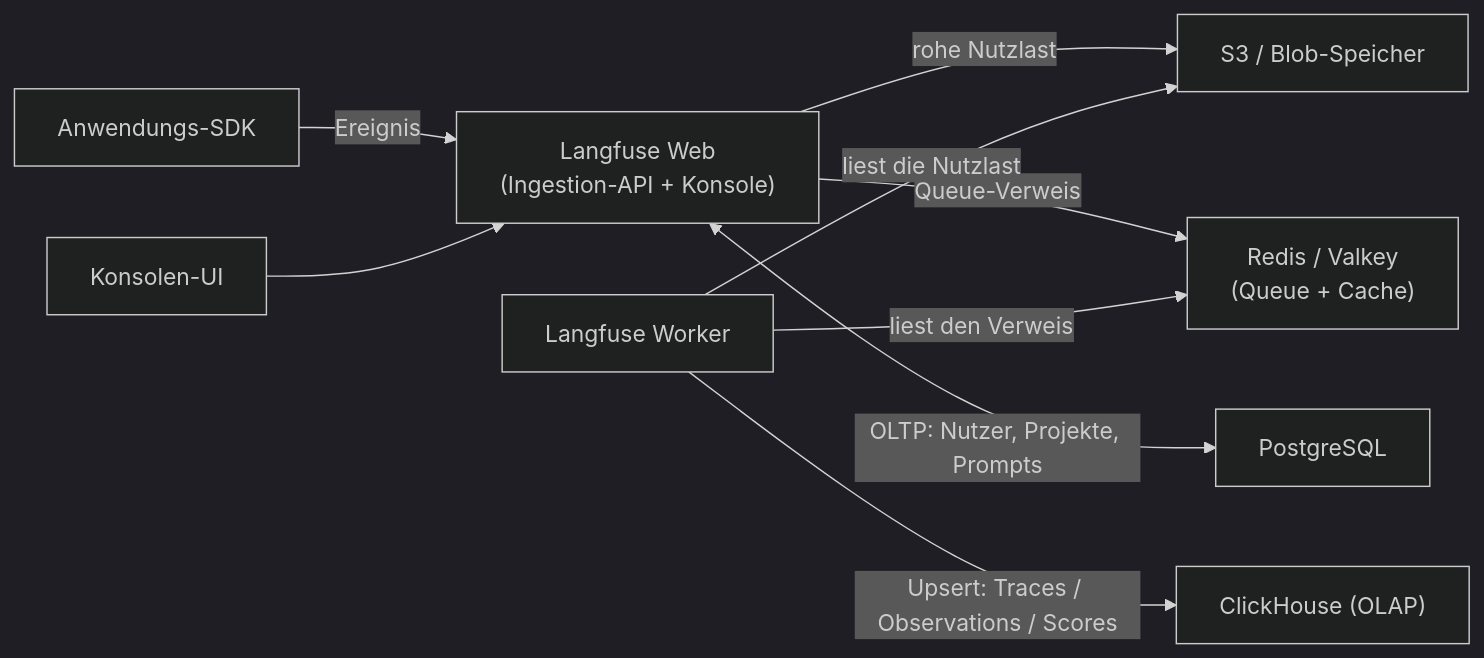
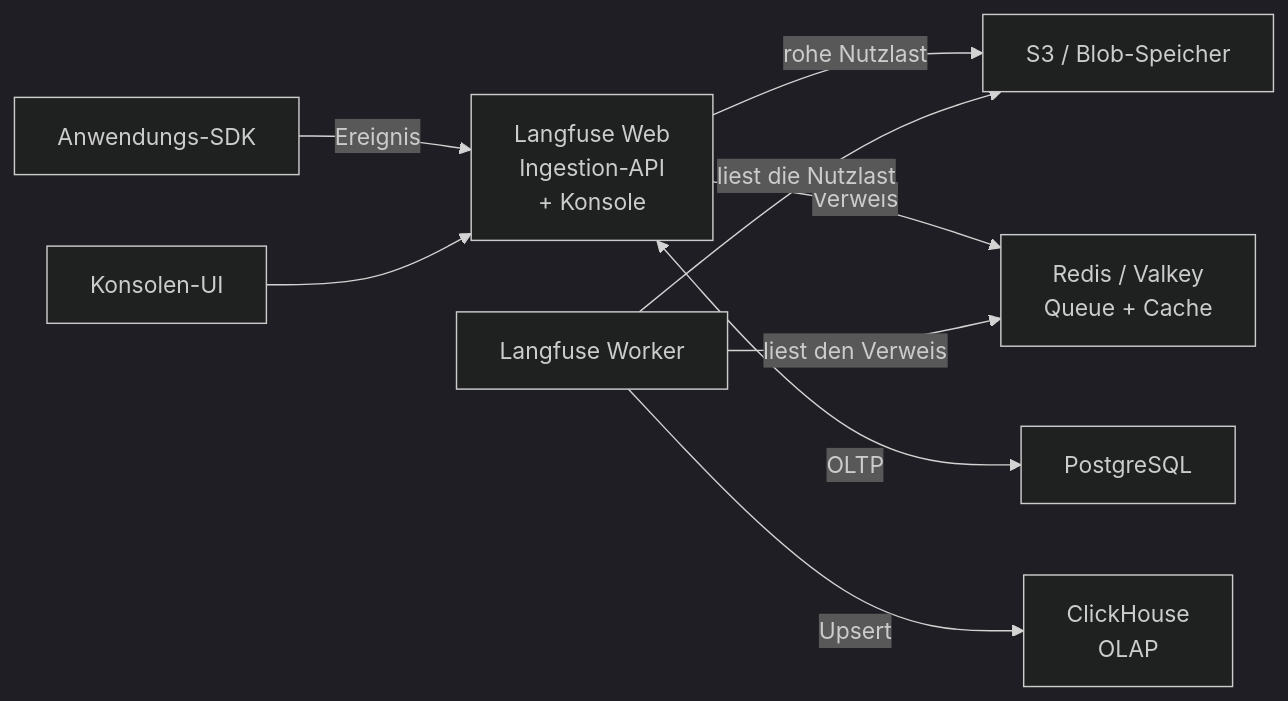
One commit to NikolaiSachok/ai-engineering-handbook changed the first of 2 diagrams in i18n/de/docusaurus-plugin-content-docs/current/part-3-production/tooling-ecosystem/deep-dive.md. Above: the diagram before and after it, drawn with Mermaid (dark theme). The commit also changed other lines of this file and 75 other files, not shown here.

First line of the commit message:
fix(diagrams): re-author wide diagrams, and measure the three locales the gate never saw (#441)

````diff
--- a/i18n/de/docusaurus-plugin-content-docs/current/part-3-production/tooling-ecosystem/deep-dive.md
+++ b/i18n/de/docusaurus-plugin-content-docs/current/part-3-production/tooling-ecosystem/deep-dive.md
@@ -37,11 +37,11 @@
 ```mermaid
 flowchart LR
-    SDK["Anwendungs-SDK"] -- "Ereignis" --> WEB["Langfuse Web<br/>(Ingestion-API + Konsole)"]
+    SDK["Anwendungs-SDK"] -- "Ereignis" --> WEB["Langfuse Web<br/>Ingestion-API<br/>+ Konsole"]
     WEB -- "rohe Nutzlast" --> S3["S3 / Blob-Speicher"]
-    WEB -- "Queue-Verweis" --> REDIS["Redis / Valkey<br/>(Queue + Cache)"]
-    WEB <-- "OLTP: Nutzer, Projekte, Prompts" --> PG["PostgreSQL"]
+    WEB -- "Verweis" --> REDIS["Redis / Valkey<br/>Queue + Cache"]
+    WEB <-- "OLTP" --> PG["PostgreSQL"]
     WORKER["Langfuse Worker"] -- "liest den Verweis" --> REDIS
     WORKER -- "liest die Nutzlast" --> S3
-    WORKER -- "Upsert: Traces / Observations / Scores" --> CH["ClickHouse (OLAP)"]
+    WORKER -- "Upsert" --> CH["ClickHouse<br/>OLAP"]
     UI["Konsolen-UI"] --> WEB
 ```
````
